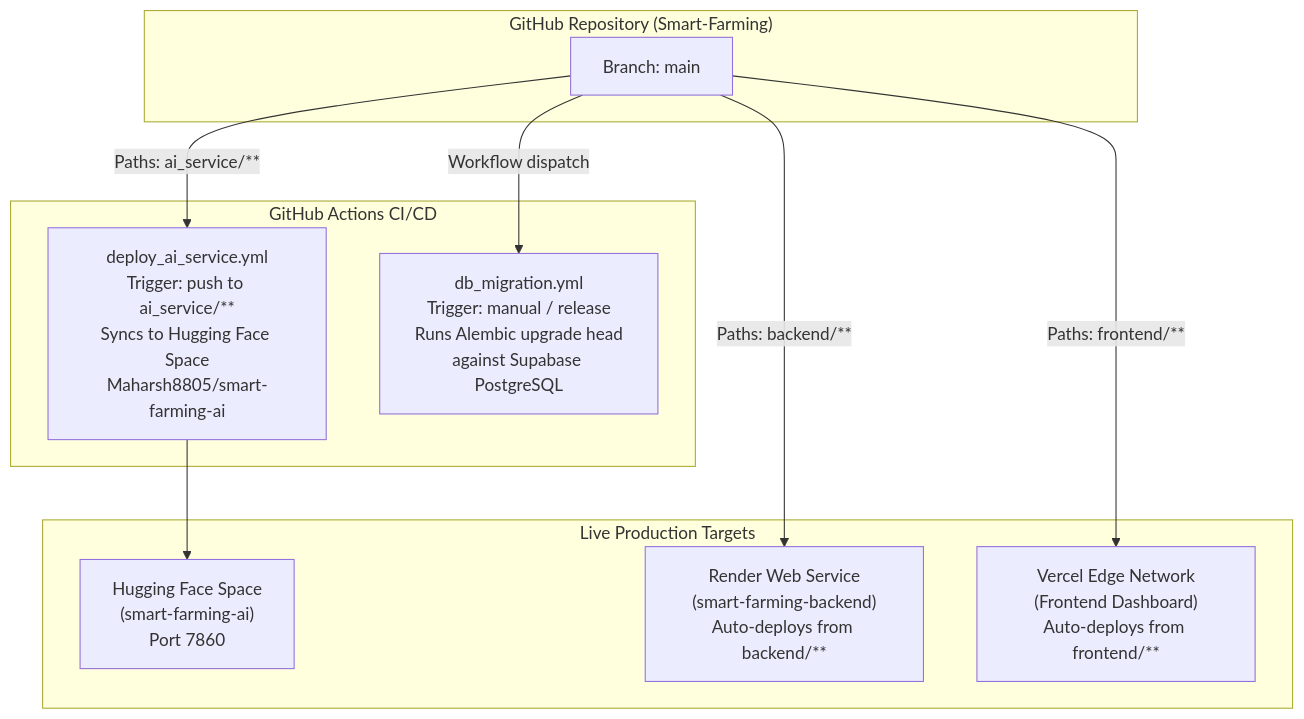
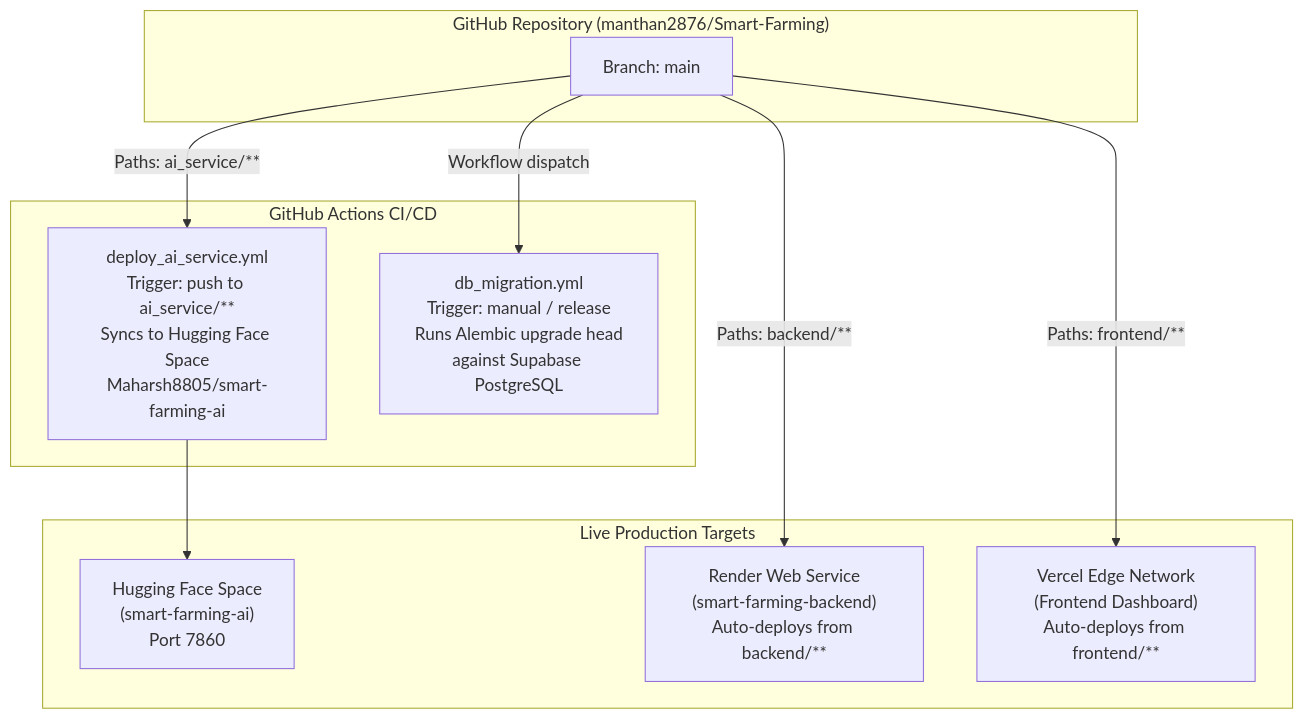
One commit to manthan2876/Smart-Farming changed the seventh of 7 diagrams in Docs/Architecture.md. Above: the diagram before and after it, drawn with Mermaid. The commit also changed other lines of this file and 10 other files, not shown here.

````diff
--- a/Docs/Architecture.md
+++ b/Docs/Architecture.md
@@ -489,22 +489,22 @@
 ```mermaid
 flowchart TD
-    subgraph GIT["GitHub Repository (Smart-Farming)"]
+    subgraph GIT["GitHub Repository (manthan2876/Smart-Farming)"]
         MAIN["Branch: main"]
     end
 
     subgraph WORKFLOWS["GitHub Actions CI/CD"]
         WF_AI["deploy_ai_service.yml\nTrigger: push to ai_service/**\nSyncs to Hugging Face Space\nMaharsh8805/smart-farming-ai"]
         WF_DB["db_migration.yml\nTrigger: manual / release\nRuns Alembic upgrade head\nagainst Supabase PostgreSQL"]
     end
 
     subgraph CLOUD_RUNTIMES["Live Production Targets"]
         HF_SPACE["Hugging Face Space\n(smart-farming-ai)\nPort 7860"]
         RENDER["Render Web Service\n(smart-farming-backend)\nAuto-deploys from backend/**"]
         VERCEL["Vercel Edge Network\n(Frontend Dashboard)\nAuto-deploys from frontend/**"]
     end
 
     MAIN -->|Paths: ai_service/**| WF_AI --> HF_SPACE
     MAIN -->|Paths: backend/**| RENDER
     MAIN -->|Paths: frontend/**| VERCEL
     MAIN -->|Workflow dispatch| WF_DB
 ```
````
